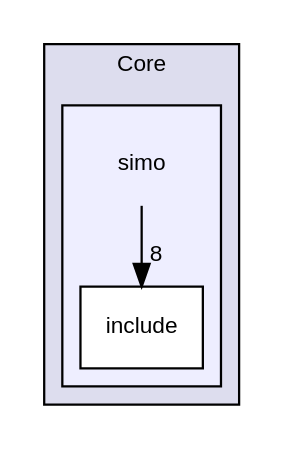
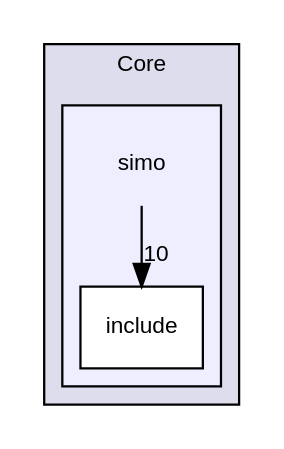
The diagram in docs/dir_1ffac0d2630f4824660dea6691be9d7f_dep.dot (Germanvelardez2018/SIMO-STM32-framework), drawn with Graphviz before and after one commit. The commit also changed 102 other files, not shown here.

```diff
--- a/docs/dir_1ffac0d2630f4824660dea6691be9d7f_dep.dot
+++ b/docs/dir_1ffac0d2630f4824660dea6691be9d7f_dep.dot
@@ -1,14 +1,14 @@
 digraph "Core/simo" {
   compound=true
   node [ fontsize="10", fontname="Helvetica"];
   edge [ labelfontsize="10", labelfontname="Helvetica"];
   subgraph clusterdir_c6310732a22f63c0c2fc5595561e68f1 {
     graph [ bgcolor="#ddddee", pencolor="black", label="Core" fontname="Helvetica", fontsize="10", URL="dir_c6310732a22f63c0c2fc5595561e68f1.html"]
   subgraph clusterdir_1ffac0d2630f4824660dea6691be9d7f {
     graph [ bgcolor="#eeeeff", pencolor="black", label="" URL="dir_1ffac0d2630f4824660dea6691be9d7f.html"];
     dir_1ffac0d2630f4824660dea6691be9d7f [shape=plaintext label="simo"];
     dir_51ae6caf7e11bae481ee121923f41a47 [shape=box label="include" color="black" fillcolor="white" style="filled" URL="dir_51ae6caf7e11bae481ee121923f41a47.html"];
   }
   }
-  dir_1ffac0d2630f4824660dea6691be9d7f->dir_51ae6caf7e11bae481ee121923f41a47 [headlabel="8", labeldistance=1.5 headhref="dir_000001_000002.html"];
+  dir_1ffac0d2630f4824660dea6691be9d7f->dir_51ae6caf7e11bae481ee121923f41a47 [headlabel="10", labeldistance=1.5 headhref="dir_000001_000002.html"];
 }
```
